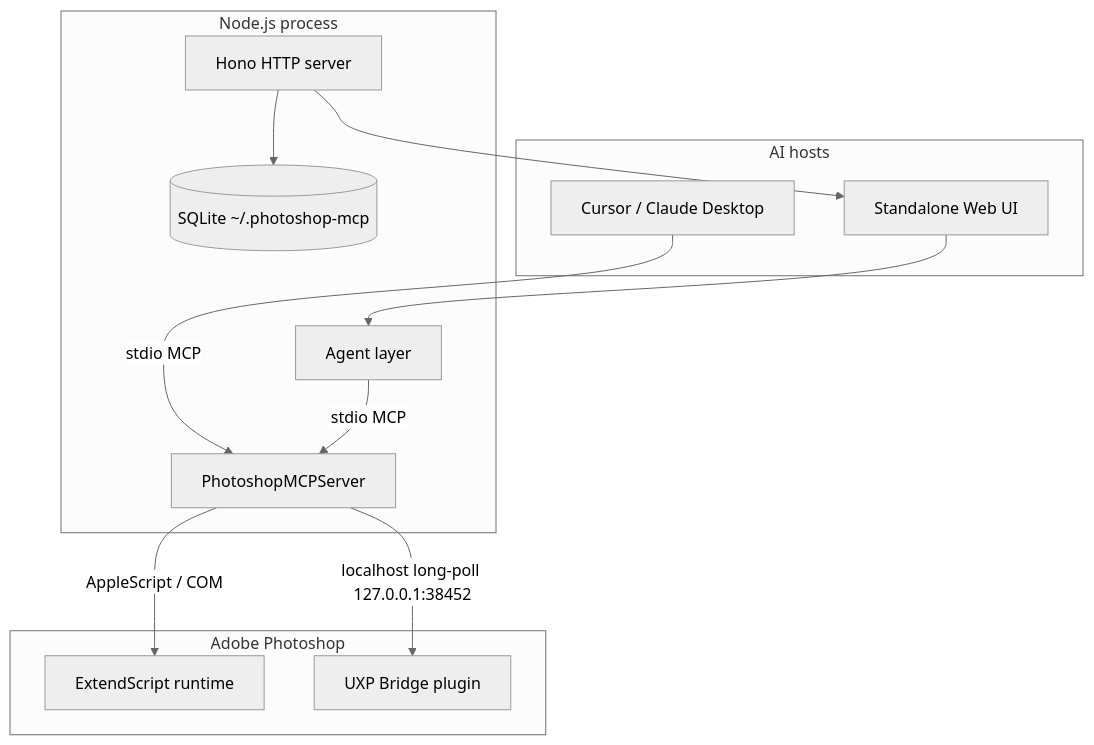
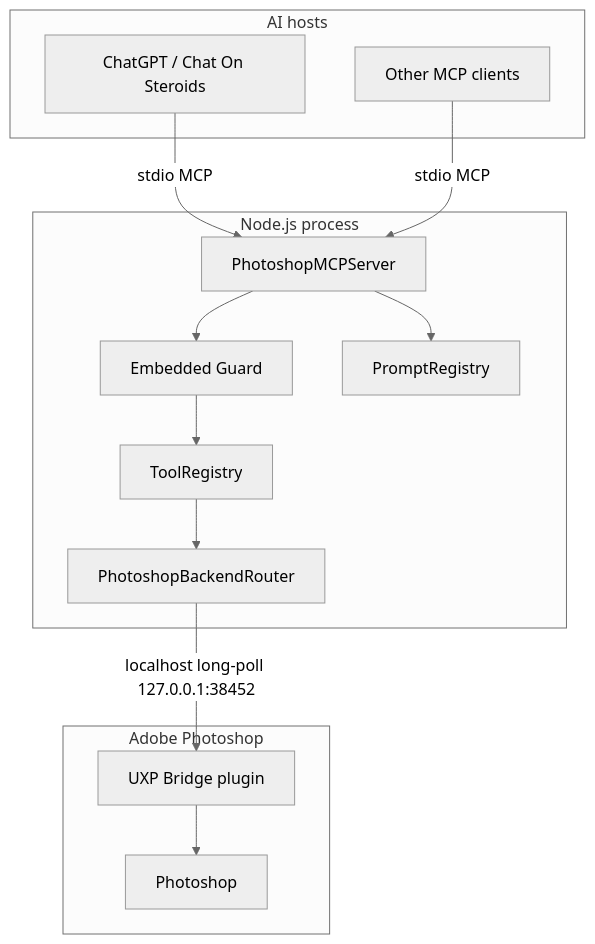
The diagram in docs/architecture.md (lavalava45/paintpilot-mcp), drawn with Mermaid (neutral theme) before and after one commit. The commit also changed other lines of this file and 468 other files, not shown here.

````diff
--- a/docs/architecture.md
+++ b/docs/architecture.md
@@ -16,27 +52,29 @@
 ```mermaid
 flowchart TB
   subgraph hosts [AI hosts]
-    IDE[Cursor / Claude Desktop]
-    UI[Standalone Web UI]
+    COS[ChatGPT / Chat On Steroids]
+    IDE[Other MCP clients]
   end
 
   subgraph node [Node.js process]
     MCP[PhotoshopMCPServer]
-    Hono[Hono HTTP server]
-    Agent[Agent layer]
-    SQLite[(SQLite ~/.photoshop-mcp)]
+    Guard[Embedded Guard]
+    Registry[ToolRegistry]
+    Router[PhotoshopBackendRouter]
+    Prompt[PromptRegistry]
   end
 
   subgraph ps [Adobe Photoshop]
-    ES[ExtendScript runtime]
-    UXP[UXP Bridge plugin]
+    Bridge[UXP Bridge plugin]
+    Photoshop[Photoshop]
   end
 
+  COS -->|stdio MCP| MCP
   IDE -->|stdio MCP| MCP
-  UI --> Agent
-  Agent -->|stdio MCP| MCP
-  Hono --> UI
-  Hono --> SQLite
-  MCP -->|AppleScript / COM| ES
-  MCP -->|localhost long-poll 127.0.0.1:38452| UXP
+  MCP --> Guard
+  Guard --> Registry
+  Registry --> Router
+  Router -->|localhost long-poll 127.0.0.1:38452| Bridge
+  Bridge --> Photoshop
+  MCP --> Prompt
 ```
````
